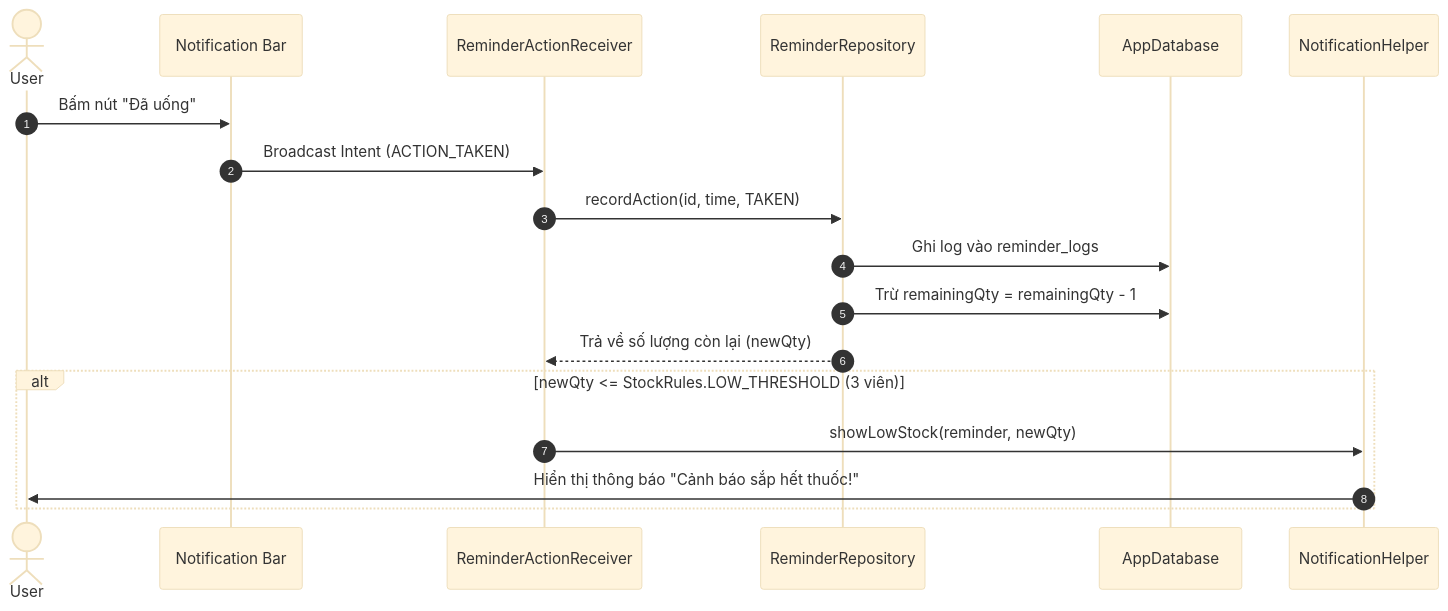
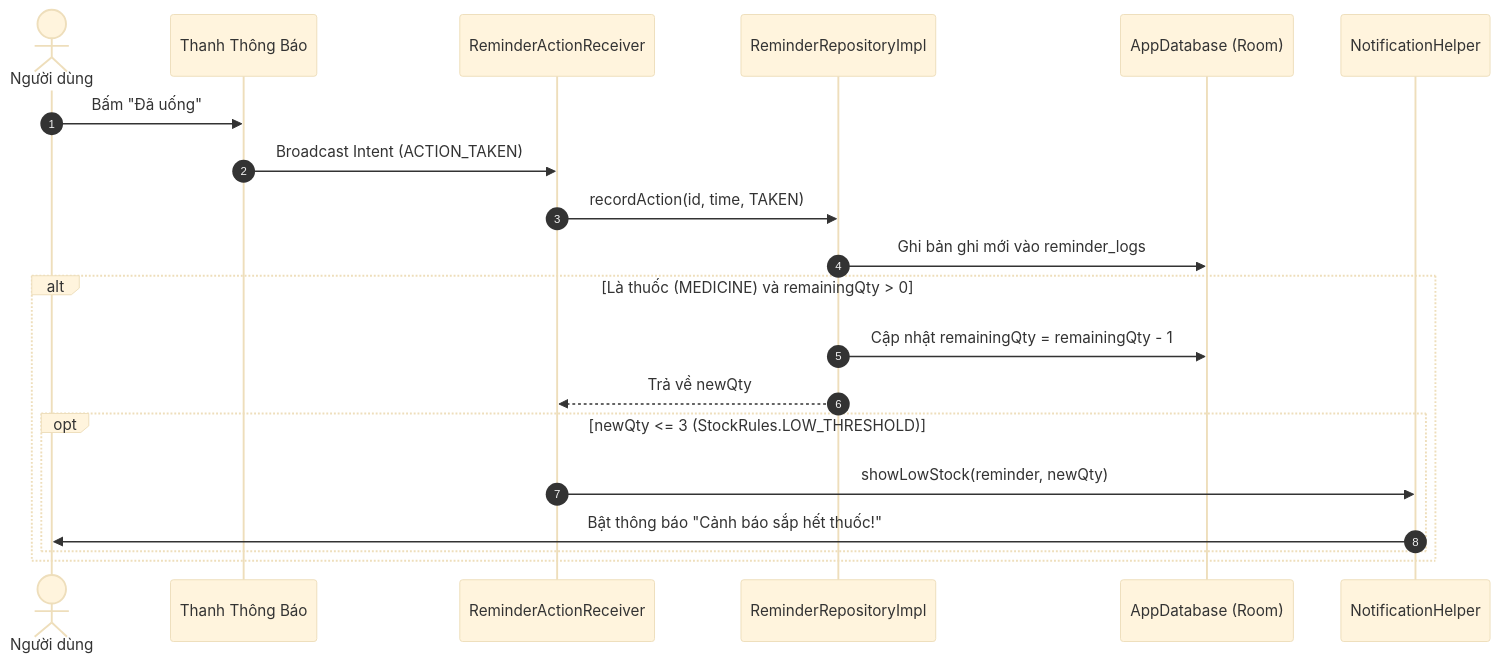
The third of 4 diagrams in PROJECT_DOCUMENTATION.md (trung150704/WorkManager), drawn with Mermaid (base theme) before and after one commit. The commit also changed other lines of this file and 19 other files, not shown here.

````diff
--- a/PROJECT_DOCUMENTATION.md
+++ b/PROJECT_DOCUMENTATION.md
@@ -218,21 +329,23 @@
 ```mermaid
 sequenceDiagram
     autonumber
-    actor User
-    participant Notif as Notification Bar
+    actor User as Người dùng
+    participant NotifBar as Thanh Thông Báo
     participant Receiver as ReminderActionReceiver
-    participant Repo as ReminderRepository
-    participant DB as AppDatabase
+    participant Repo as ReminderRepositoryImpl
+    participant DB as AppDatabase (Room)
     participant NotifHelper as NotificationHelper
 
-    User->>Notif: Bấm nút "Đã uống"
-    Notif->>Receiver: Broadcast Intent (ACTION_TAKEN)
+    User->>NotifBar: Bấm "Đã uống"
+    NotifBar->>Receiver: Broadcast Intent (ACTION_TAKEN)
     Receiver->>Repo: recordAction(id, time, TAKEN)
-    Repo->>DB: Ghi log vào reminder_logs
-    Repo->>DB: Trừ remainingQty = remainingQty - 1
-    Repo-->>Receiver: Trả về số lượng còn lại (newQty)
-    alt newQty <= StockRules.LOW_THRESHOLD (3 viên)
-        Receiver->>NotifHelper: showLowStock(reminder, newQty)
-        NotifHelper->>User: Hiển thị thông báo "Cảnh báo sắp hết thuốc!"
+    Repo->>DB: Ghi bản ghi mới vào reminder_logs
+    alt Là thuốc (MEDICINE) và remainingQty > 0
+        Repo->>DB: Cập nhật remainingQty = remainingQty - 1
+        Repo-->>Receiver: Trả về newQty
+        opt newQty <= 3 (StockRules.LOW_THRESHOLD)
+            Receiver->>NotifHelper: showLowStock(reminder, newQty)
+            NotifHelper->>User: Bật thông báo "Cảnh báo sắp hết thuốc!"
+        end
     end
 ```
````
